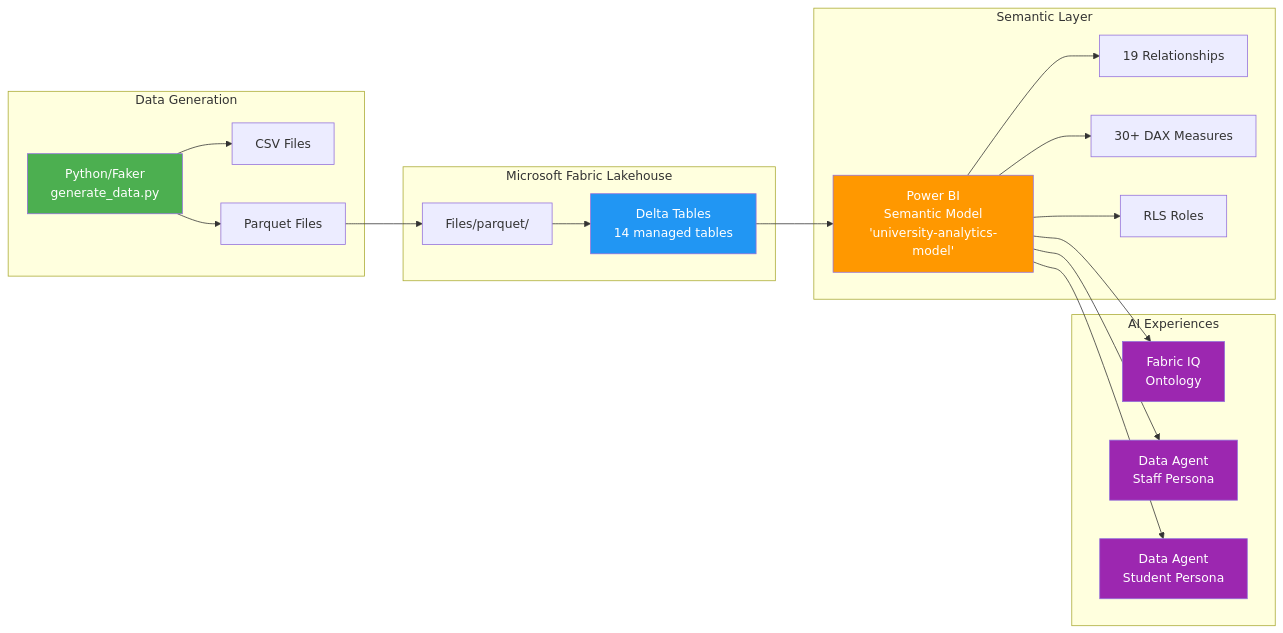
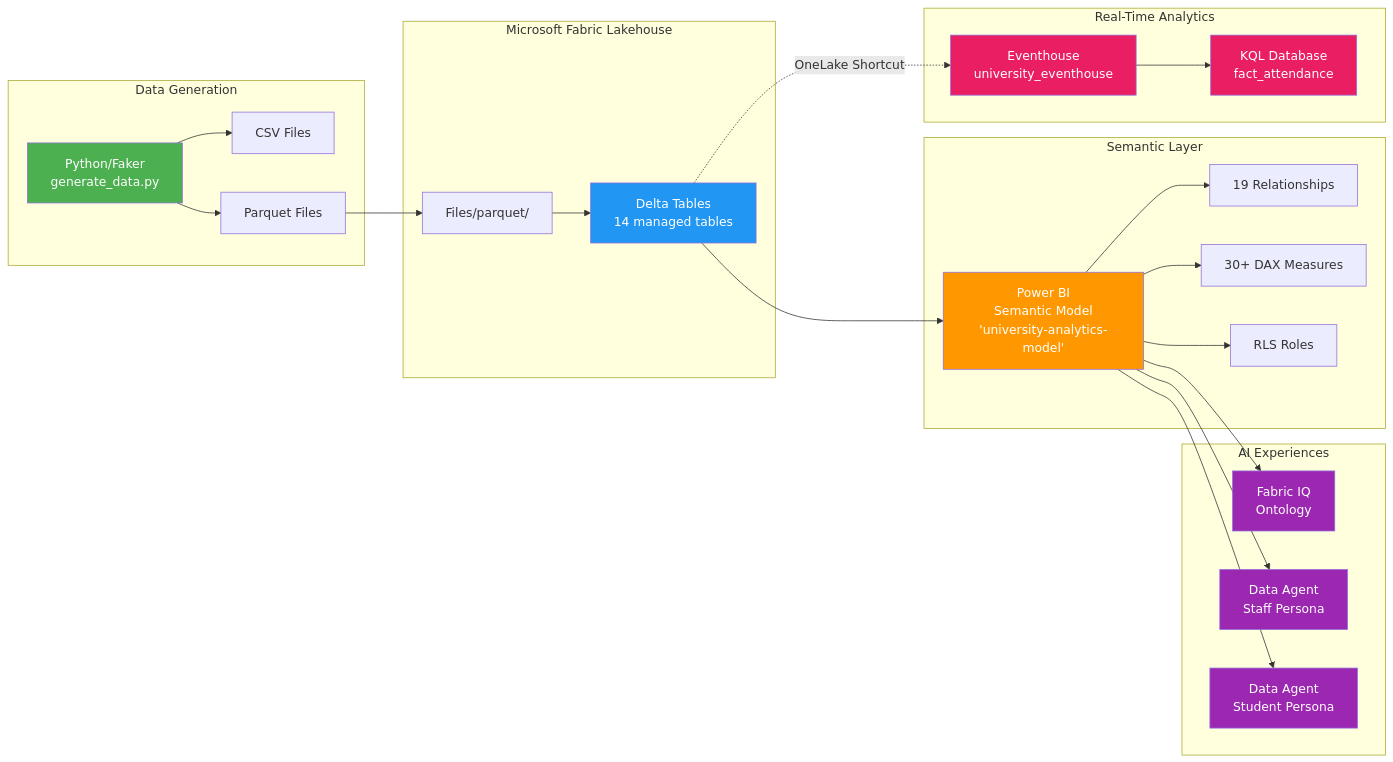
The first of 2 diagrams in docs/01-architecture_diagram.md (Maple0/fabric-edu-day), drawn with Mermaid before and after one commit. The commit also changed other lines of this file and 2 other files, not shown here.

````diff
--- a/docs/01-architecture_diagram.md
+++ b/docs/01-architecture_diagram.md
@@ -5,32 +5,39 @@
 ```mermaid
 graph LR
     subgraph "Data Generation"
         A[Python/Faker<br>generate_data.py] --> B[CSV Files]
         A --> C[Parquet Files]
     end
 
     subgraph "Microsoft Fabric Lakehouse"
         C --> D[Files/parquet/]
         D --> E[Delta Tables<br>14 managed tables]
     end
 
     subgraph "Semantic Layer"
         E --> F[Power BI<br>Semantic Model<br>'university-analytics-model']
         F --> G[19 Relationships]
         F --> H[30+ DAX Measures]
         F --> I[RLS Roles]
     end
 
+    subgraph "Real-Time Analytics"
+        E -.->|OneLake Shortcut| M[Eventhouse<br>university_eventhouse]
+        M --> N[KQL Database<br>fact_attendance]
+    end
+
     subgraph "AI Experiences"
         F --> J[Fabric IQ<br>Ontology]
         F --> K[Data Agent<br>Staff Persona]
         F --> L[Data Agent<br>Student Persona]
     end
 
     style A fill:#4CAF50,color:#fff
     style E fill:#2196F3,color:#fff
     style F fill:#FF9800,color:#fff
     style J fill:#9C27B0,color:#fff
     style K fill:#9C27B0,color:#fff
     style L fill:#9C27B0,color:#fff
+    style M fill:#E91E63,color:#fff
+    style N fill:#E91E63,color:#fff
 ```
````
